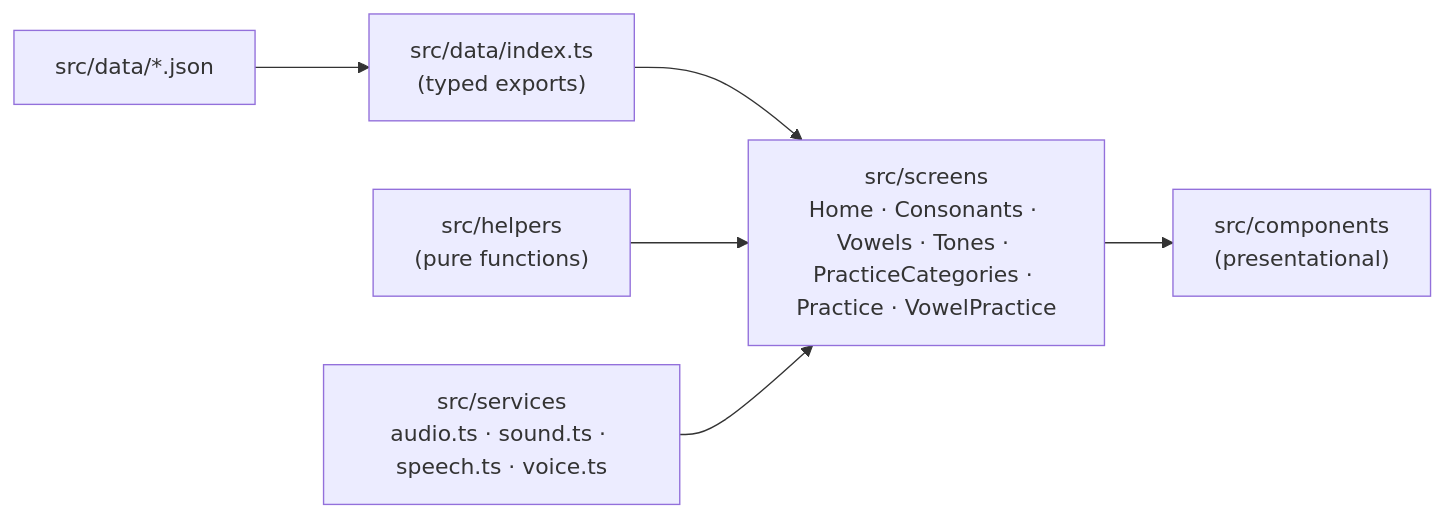
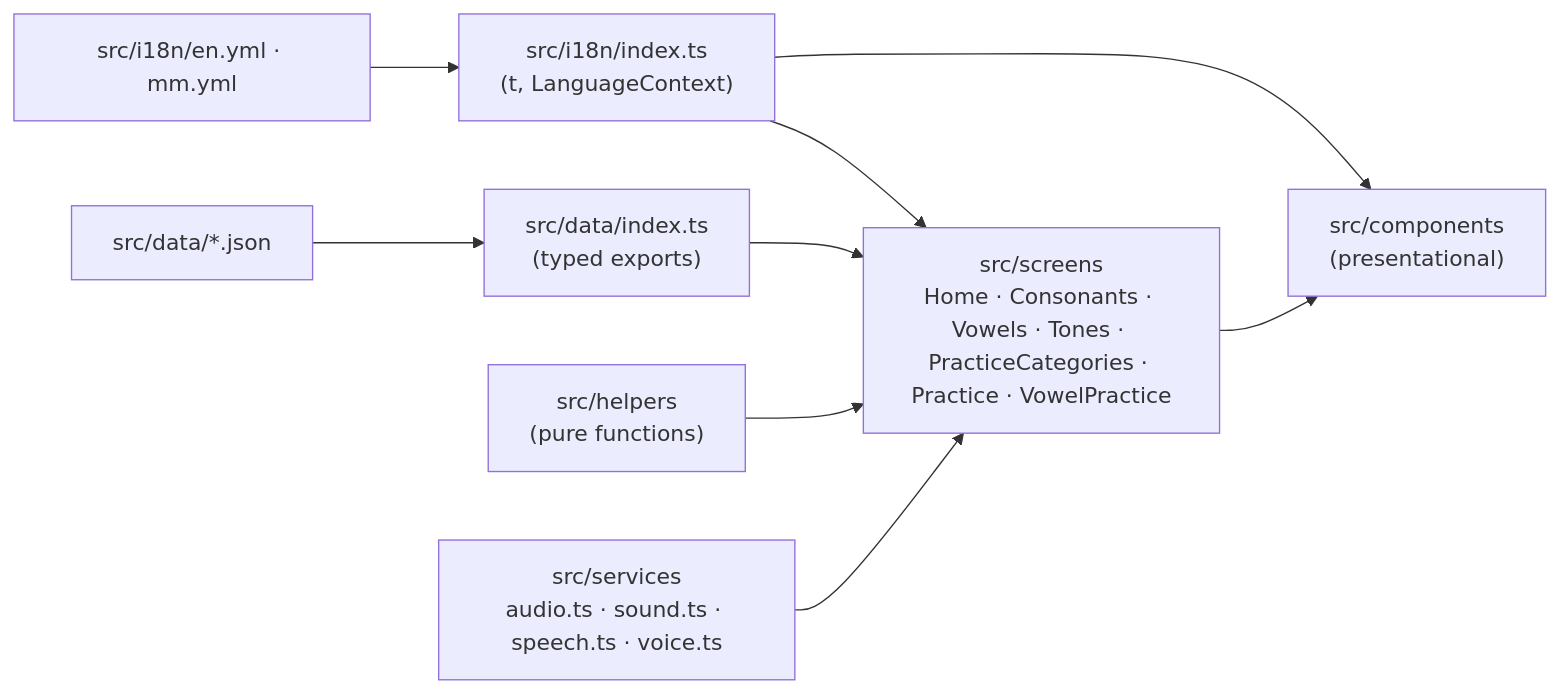
The first of 2 diagrams in docs/architecture.md (MinHan-Kyaw/kaihto), drawn with Mermaid before and after one commit. The commit also changed other lines of this file and 66 other files, not shown here.

````diff
--- a/docs/architecture.md
+++ b/docs/architecture.md
@@ -14,8 +14,11 @@
 ```mermaid
 flowchart LR
   JSON["src/data/*.json"] --> Loader["src/data/index.ts<br/>(typed exports)"]
   Loader --> Screens
+  YAML["src/i18n/en.yml · mm.yml"] --> I18n["src/i18n/index.ts<br/>(t, LanguageContext)"]
+  I18n --> Screens
+  I18n --> Components
   Helpers["src/helpers<br/>(pure functions)"] --> Screens
   Services["src/services<br/>audio.ts · sound.ts · speech.ts · voice.ts"] --> Screens
   Screens["src/screens<br/>Home · Consonants · Vowels · Tones · PracticeCategories · Practice · VowelPractice"] --> Components["src/components<br/>(presentational)"]
 ```
````
